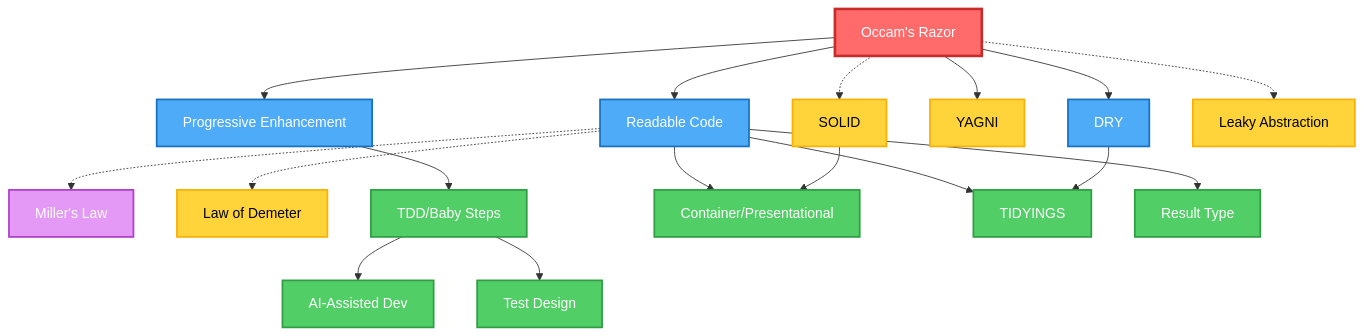
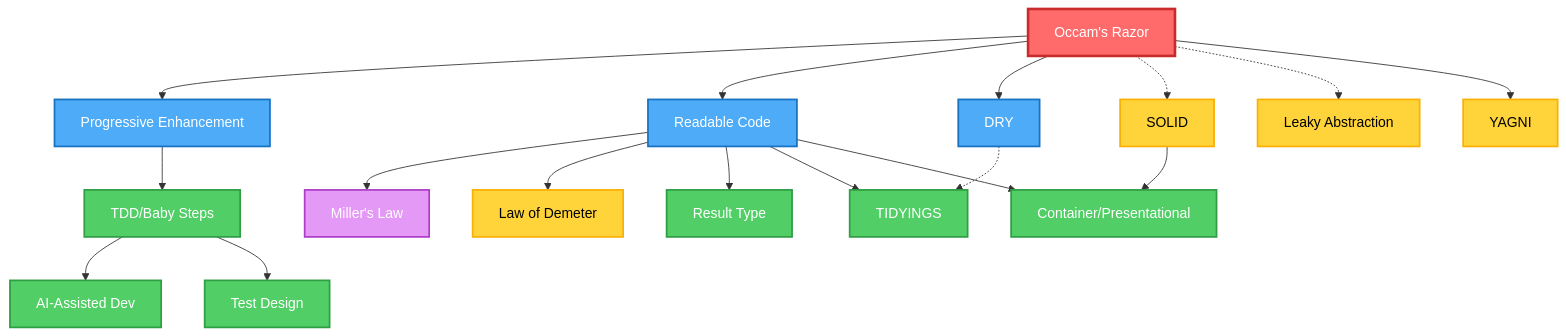
The diagram in rules/PRINCIPLES.md (thkt/dotclaude), drawn with Mermaid before and after one commit. The commit also changed 6 other files, not shown here.

First line of the commit message:
fix(config): correct marketplace.json schema and sync documentation

````diff
--- a/rules/PRINCIPLES.md
+++ b/rules/PRINCIPLES.md
@@ -23,47 +23,47 @@
 ```mermaid
 graph TD
     %% === Node Definitions (by tier) ===
     OR[Occam's Razor]
     PE[Progressive Enhancement]
     RC[Readable Code]
     DRY[DRY]
     YAGNI[YAGNI]
     SOLID[SOLID]
     LA[Leaky Abstraction]
     ML[Miller's Law]
     LoD[Law of Demeter]
     TDD[TDD/Baby Steps]
     CP[Container/Presentational]
     TIDY[TIDYINGS]
     AI[AI-Assisted Dev]
     TD[Test Design]
     RT[Result Type]
 
     %% === Edges (from Occam's Razor) ===
     OR --> PE & RC & DRY
+    OR -.-> SOLID & LA
     OR --> YAGNI
-    OR -.-> SOLID & LA
 
     %% === Edges (from Universal) ===
+    RC --> ML & LoD
     PE --> TDD
-    RC --> CP & TIDY & RT
-    RC -.-> ML & LoD
-    DRY --> TIDY
+    RC --> RT & TIDY & CP
+    DRY -.-> TIDY
     SOLID --> CP
 
     %% === Edges (from Applied) ===
     TDD --> AI & TD
 
     %% === Styles ===
     classDef meta fill:#ff6b6b,stroke:#c92a2a,stroke-width:3px,color:#fff
     classDef universal fill:#4dabf7,stroke:#1971c2,stroke-width:2px,color:#fff
     classDef applied fill:#51cf66,stroke:#2f9e44,stroke-width:2px,color:#fff
     classDef contextual fill:#ffd43b,stroke:#fab005,stroke-width:2px,color:#000
     classDef scientific fill:#e599f7,stroke:#ae3ec9,stroke-width:2px,color:#fff
 
     class OR meta
     class PE,RC,DRY universal
     class TDD,CP,TIDY,AI,TD,RT applied
     class SOLID,YAGNI,LoD,LA contextual
     class ML scientific
 ```
````
